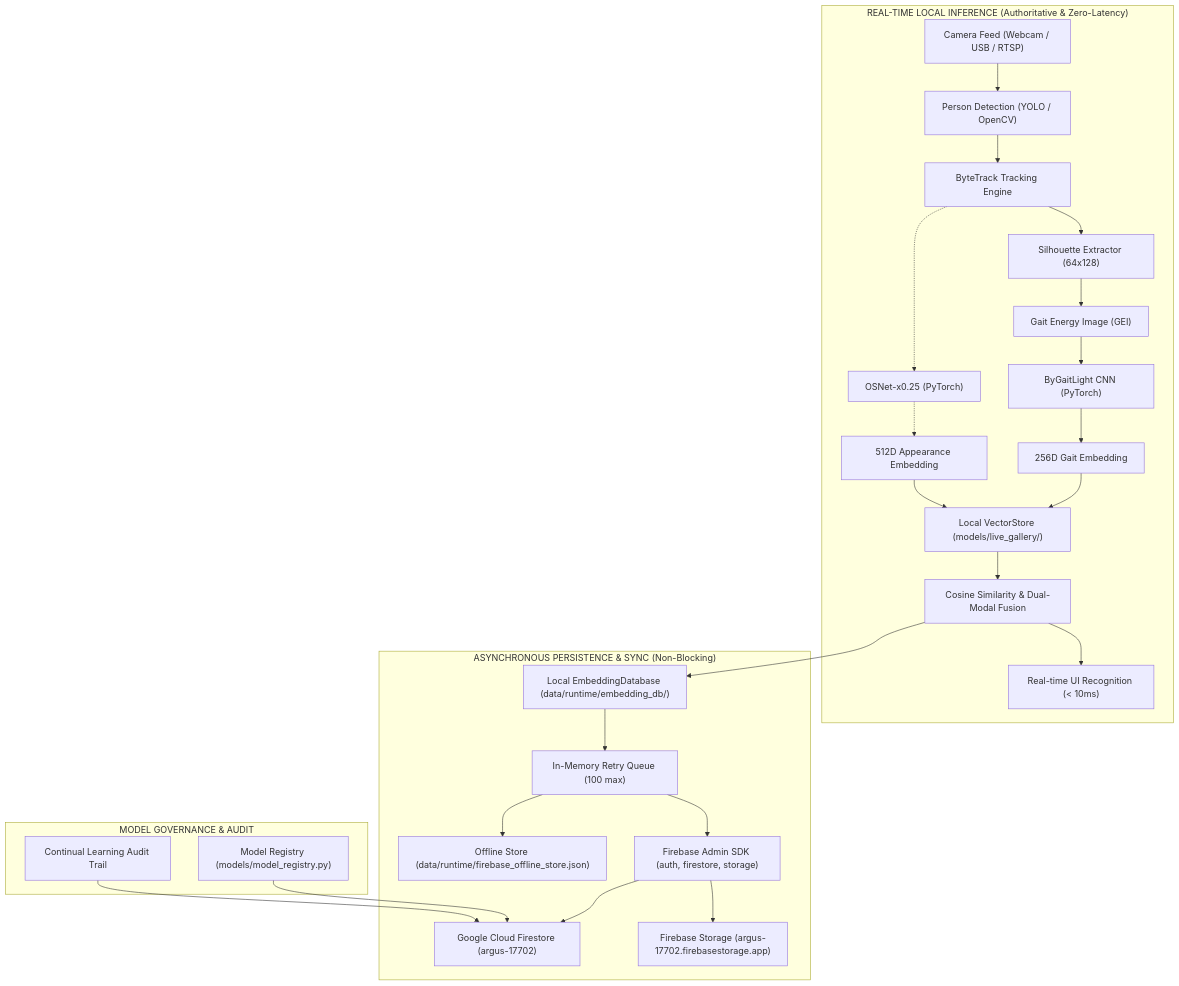
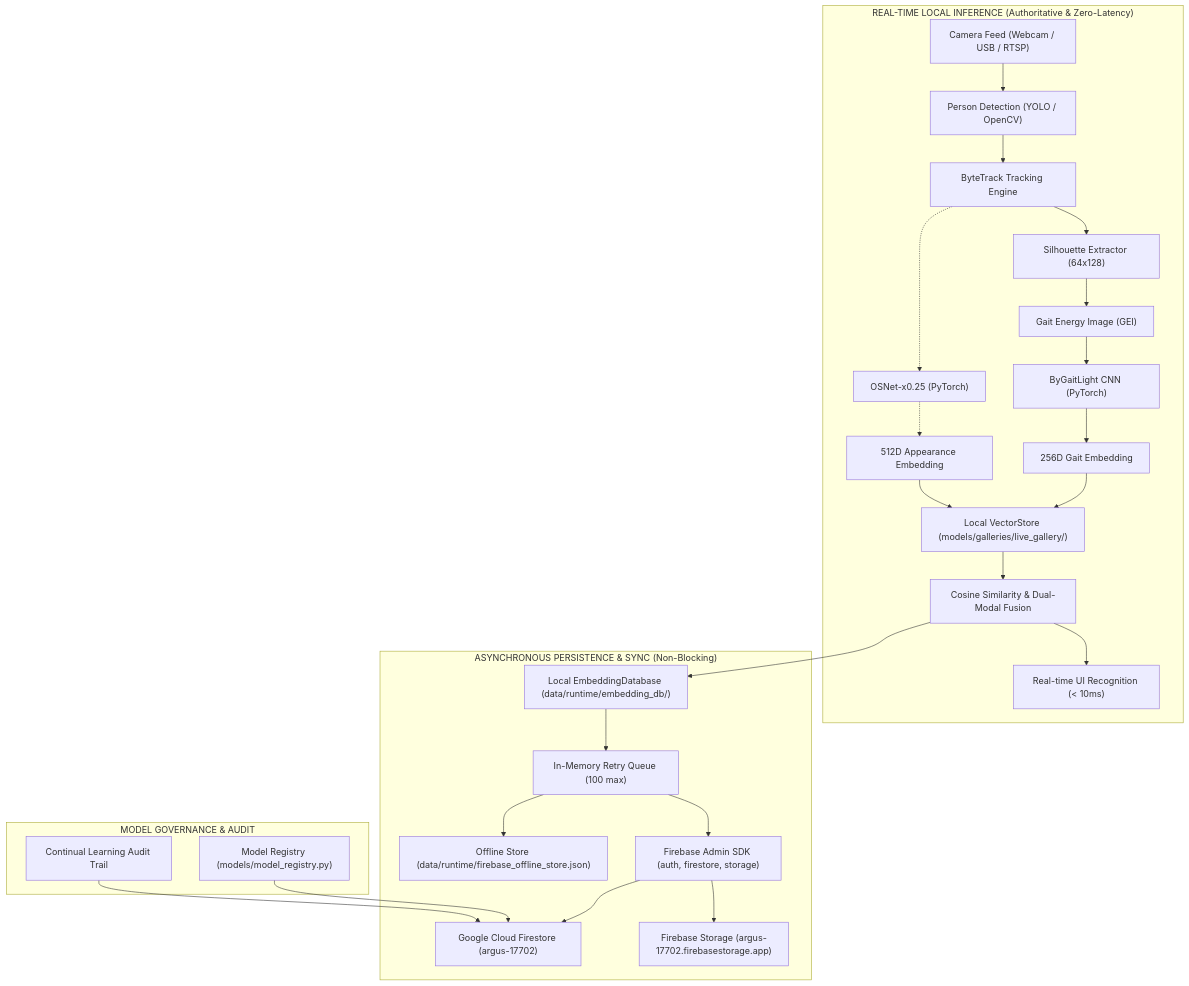
One commit to chanuka8/argus-gait-recognition changed the diagram in docs/firebase_architecture.md. Above: the diagram before and after it, drawn with Mermaid. The commit also changed 103 other files, not shown here.

````diff
--- a/docs/firebase_architecture.md
+++ b/docs/firebase_architecture.md
@@ -7,31 +7,31 @@
 ```mermaid
 flowchart TD
     subgraph LocalEdge["REAL-TIME LOCAL INFERENCE (Authoritative & Zero-Latency)"]
         Cam["Camera Feed (Webcam / USB / RTSP)"] --> Det["Person Detection (YOLO / OpenCV)"]
         Det --> Track["ByteTrack Tracking Engine"]
         Track --> Sil["Silhouette Extractor (64x128)"]
         Sil --> GEI["Gait Energy Image (GEI)"]
         GEI --> CNN["ByGaitLight CNN (PyTorch)"]
         CNN --> Emb["256D Gait Embedding"]
         Track -.-> OSNet["OSNet-x0.25 (PyTorch)"]
         OSNet -.-> AppEmb["512D Appearance Embedding"]
-        Emb --> VecStore["Local VectorStore (models/live_gallery/)"]
+        Emb --> VecStore["Local VectorStore (models/galleries/live_gallery/)"]
         AppEmb --> VecStore
         VecStore --> Match["Cosine Similarity & Dual-Modal Fusion"]
         Match --> RealtimeAlert["Real-time UI Recognition (< 10ms)"]
     end
 
     subgraph AsyncSync["ASYNCHRONOUS PERSISTENCE & SYNC (Non-Blocking)"]
         Match --> LocalDB["Local EmbeddingDatabase (data/runtime/embedding_db/)"]
         LocalDB --> RetryQ["In-Memory Retry Queue (100 max)"]
         RetryQ --> OfflineFile["Offline Store (data/runtime/firebase_offline_store.json)"]
         RetryQ --> AdminSDK["Firebase Admin SDK (auth, firestore, storage)"]
         AdminSDK --> Firestore["Google Cloud Firestore (argus-17702)"]
         AdminSDK --> GCS["Firebase Storage (argus-17702.firebasestorage.app)"]
     end
 
     subgraph Governance["MODEL GOVERNANCE & AUDIT"]
         ModelReg["Model Registry (models/model_registry.py)"] --> Firestore
         AuditTrail["Continual Learning Audit Trail"] --> Firestore
     end
 ```
````
